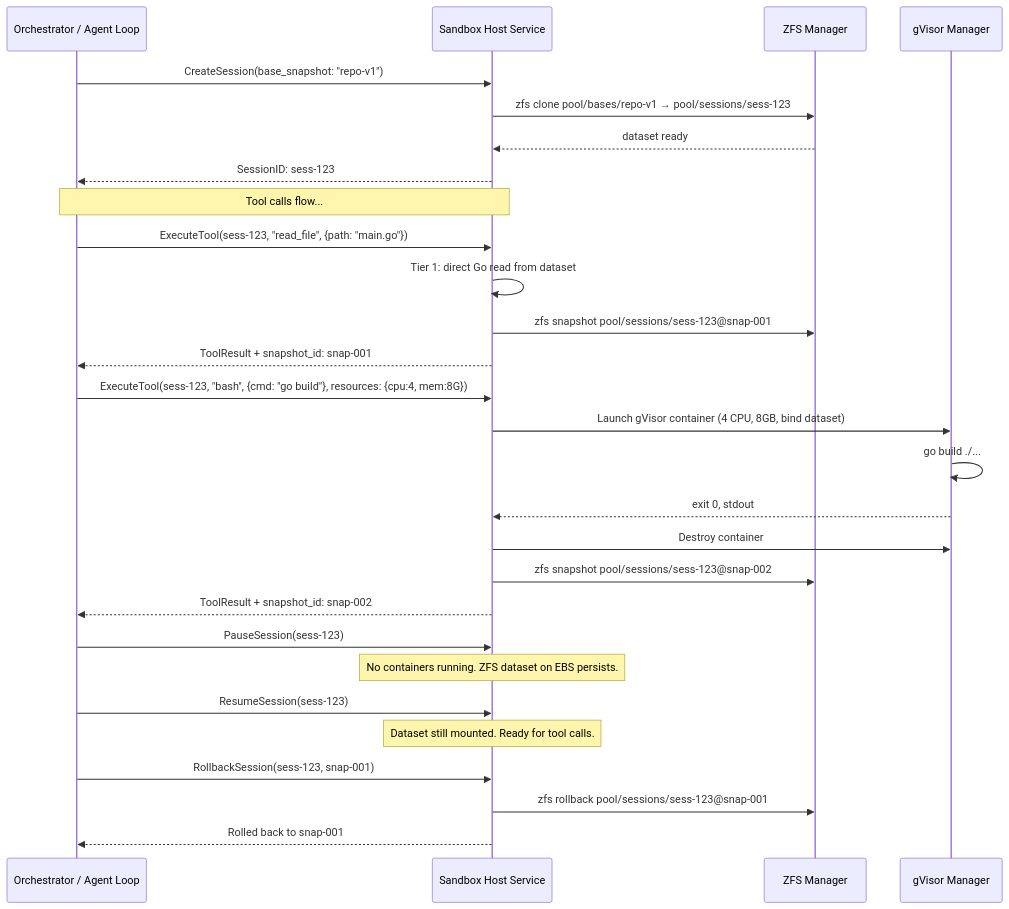
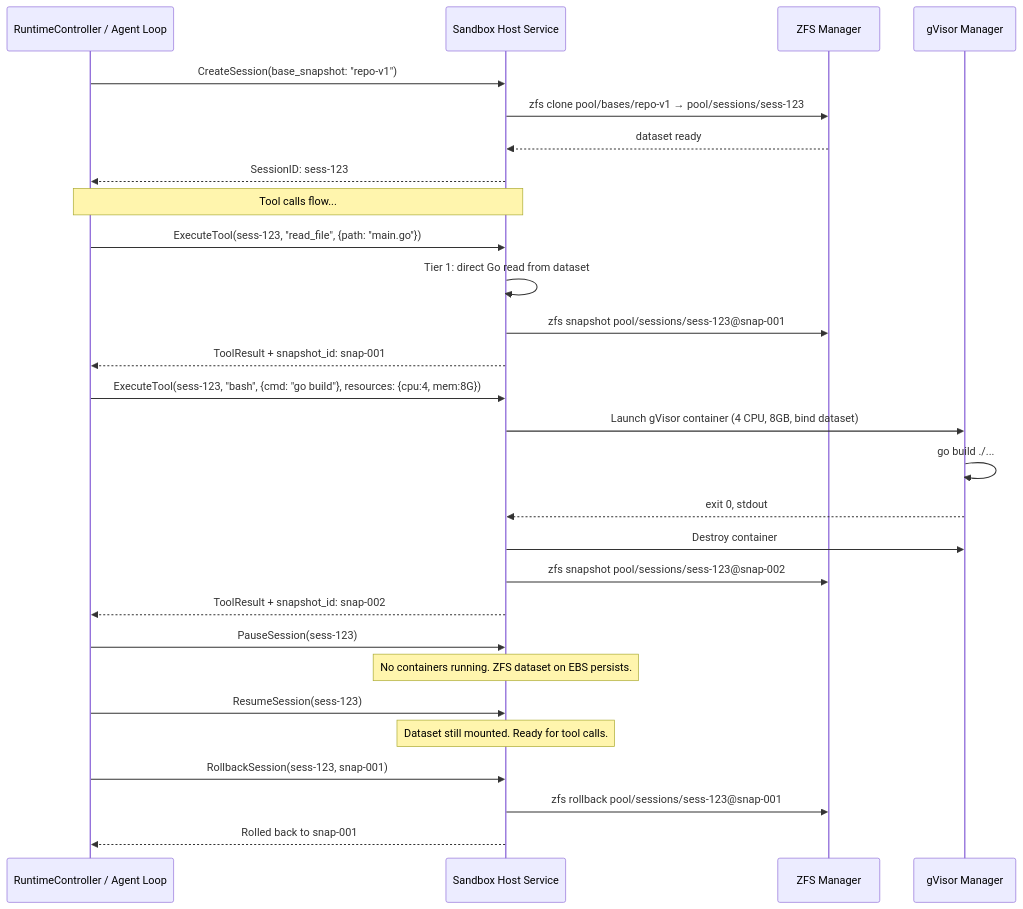
One commit to dcosson/flex-agent-runtime changed the seventh of 10 diagrams in docs/plans/00-architecture.md. Above: the diagram before and after it, drawn with Mermaid. The commit also changed other lines of this file, not shown here.

First line of the commit message:
Rename 'orchestrator' layer to 'RuntimeController' in architecture doc

````diff
--- a/docs/plans/00-architecture.md
+++ b/docs/plans/00-architecture.md
@@ -605,37 +632,37 @@
 ```mermaid
 sequenceDiagram
-    participant Orch as Orchestrator / Agent Loop
+    participant Orch as RuntimeController / Agent Loop
     participant SH as Sandbox Host Service
     participant ZFS as ZFS Manager
     participant GV as gVisor Manager
 
     Orch->>SH: CreateSession(base_snapshot: "repo-v1")
     SH->>ZFS: zfs clone pool/bases/repo-v1 → pool/sessions/sess-123
     ZFS-->>SH: dataset ready
     SH-->>Orch: SessionID: sess-123
 
     Note over Orch,SH: Tool calls flow...
 
     Orch->>SH: ExecuteTool(sess-123, "read_file", {path: "main.go"})
     SH->>SH: Tier 1: direct Go read from dataset
     SH->>ZFS: zfs snapshot pool/sessions/sess-123@snap-001
     SH-->>Orch: ToolResult + snapshot_id: snap-001
 
     Orch->>SH: ExecuteTool(sess-123, "bash", {cmd: "go build"}, resources: {cpu:4, mem:8G})
     SH->>GV: Launch gVisor container (4 CPU, 8GB, bind dataset)
     GV->>GV: go build ./...
     GV-->>SH: exit 0, stdout
     SH->>GV: Destroy container
     SH->>ZFS: zfs snapshot pool/sessions/sess-123@snap-002
     SH-->>Orch: ToolResult + snapshot_id: snap-002
 
     Orch->>SH: PauseSession(sess-123)
     Note over SH: No containers running. ZFS dataset on EBS persists.
 
     Orch->>SH: ResumeSession(sess-123)
     Note over SH: Dataset still mounted. Ready for tool calls.
 
     Orch->>SH: RollbackSession(sess-123, snap-001)
     SH->>ZFS: zfs rollback pool/sessions/sess-123@snap-001
     SH-->>Orch: Rolled back to snap-001
 ```
````
